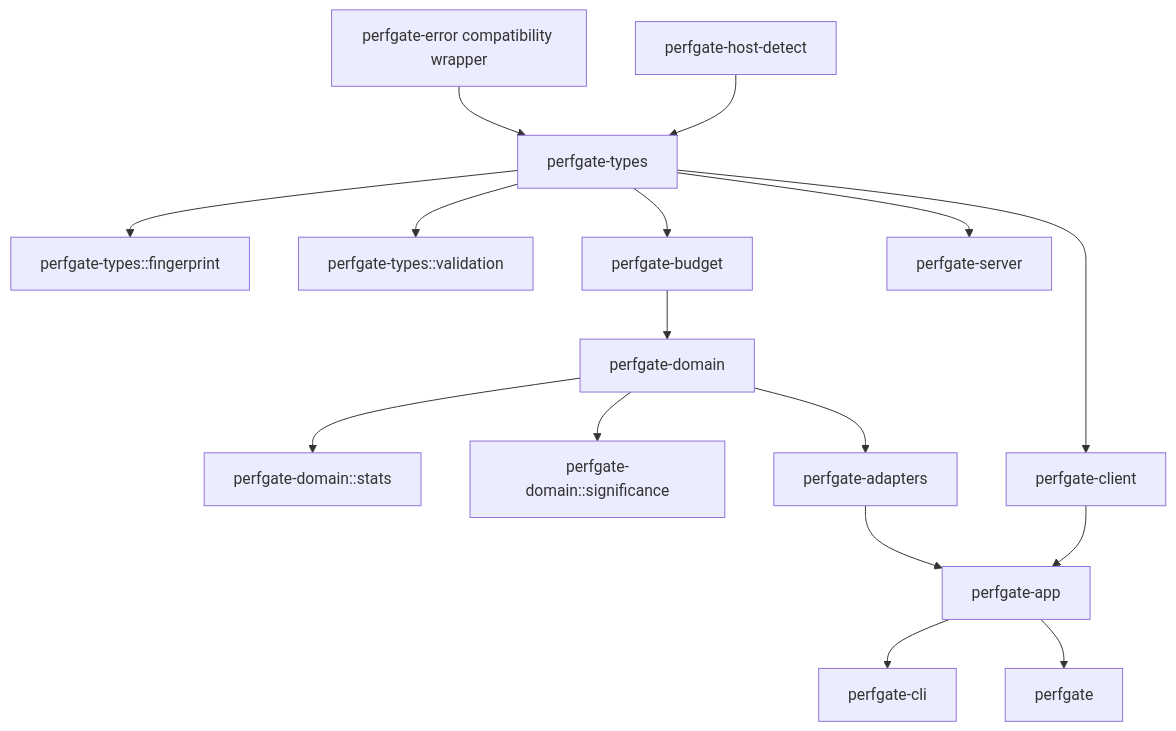
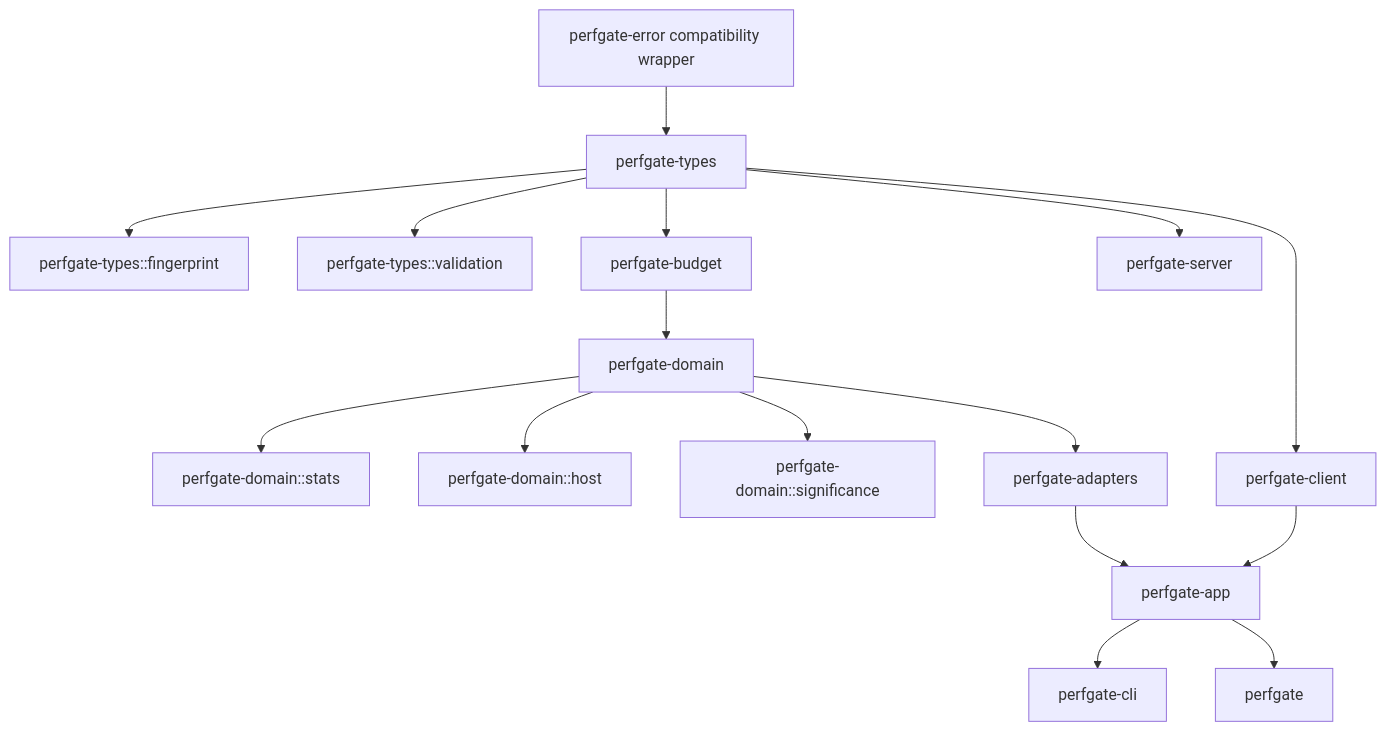
The diagram in docs/WORKSPACE.md (EffortlessMetrics/perfgate), drawn with Mermaid before and after one commit. The commit also changed other lines of this file and 26 other files, not shown here.

Commit message:
Absorb host detect into domain module

````diff
--- a/docs/WORKSPACE.md
+++ b/docs/WORKSPACE.md
@@ -33,18 +32,18 @@
 ```mermaid
 graph TD
   error[perfgate-error compatibility wrapper] --> types[perfgate-types]
   types --> fingerprint[perfgate-types::fingerprint]
   domain --> stats[perfgate-domain::stats]
   types --> val[perfgate-types::validation]
-  host[perfgate-host-detect] --> types
+  domain --> host[perfgate-domain::host]
   types --> budget[perfgate-budget]
   domain --> sig[perfgate-domain::significance]
   budget --> domain[perfgate-domain]
   domain --> adapters[perfgate-adapters]
   adapters --> app[perfgate-app]
   app --> cli[perfgate-cli]
   app --> facade[perfgate]
   types --> client[perfgate-client]
   client --> app
   types --> server[perfgate-server]
 ```
````
